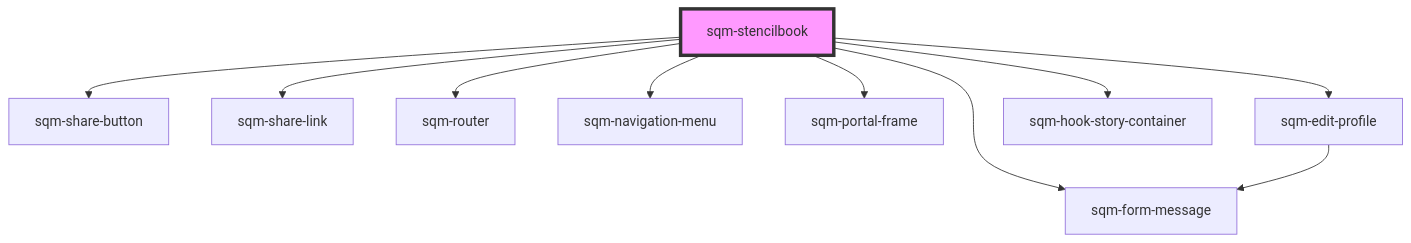
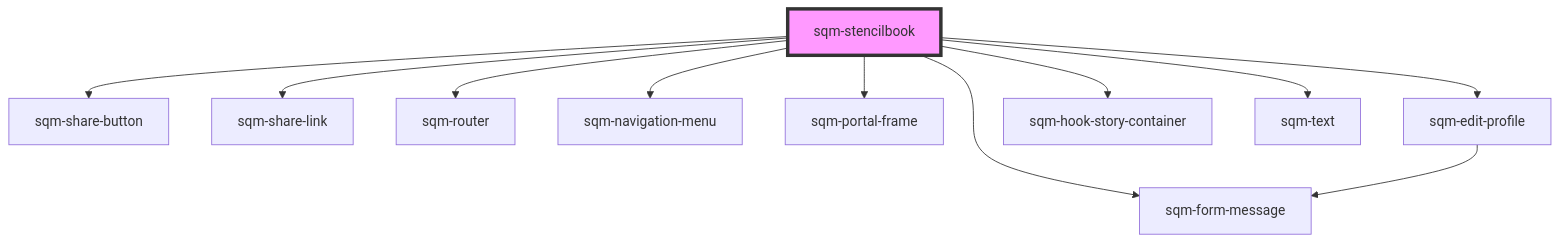
One commit to saasquatch/program-tools changed the diagram in packages/mint-components/src/components/sqm-stencilbook/readme.md. Above: the diagram before and after it, drawn with Mermaid. The commit also changed other lines of this file and 24 other files, not shown here.

````diff
--- a/packages/mint-components/src/components/sqm-stencilbook/readme.md
+++ b/packages/mint-components/src/components/sqm-stencilbook/readme.md
@@ -22,13 +23,14 @@
 ```mermaid
 graph TD;
   sqm-stencilbook --> sqm-share-button
   sqm-stencilbook --> sqm-share-link
   sqm-stencilbook --> sqm-router
   sqm-stencilbook --> sqm-navigation-menu
   sqm-stencilbook --> sqm-portal-frame
   sqm-stencilbook --> sqm-edit-profile
   sqm-stencilbook --> sqm-form-message
   sqm-stencilbook --> sqm-hook-story-container
+  sqm-stencilbook --> sqm-text
   sqm-edit-profile --> sqm-form-message
   style sqm-stencilbook fill:#f9f,stroke:#333,stroke-width:4px
 ```
````
